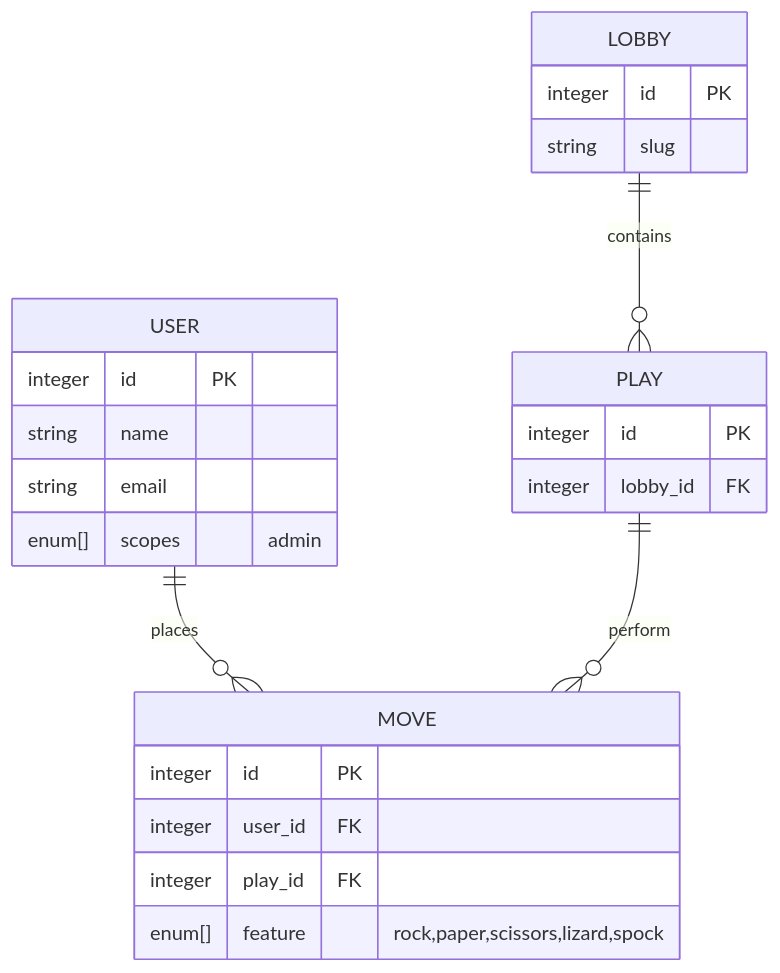
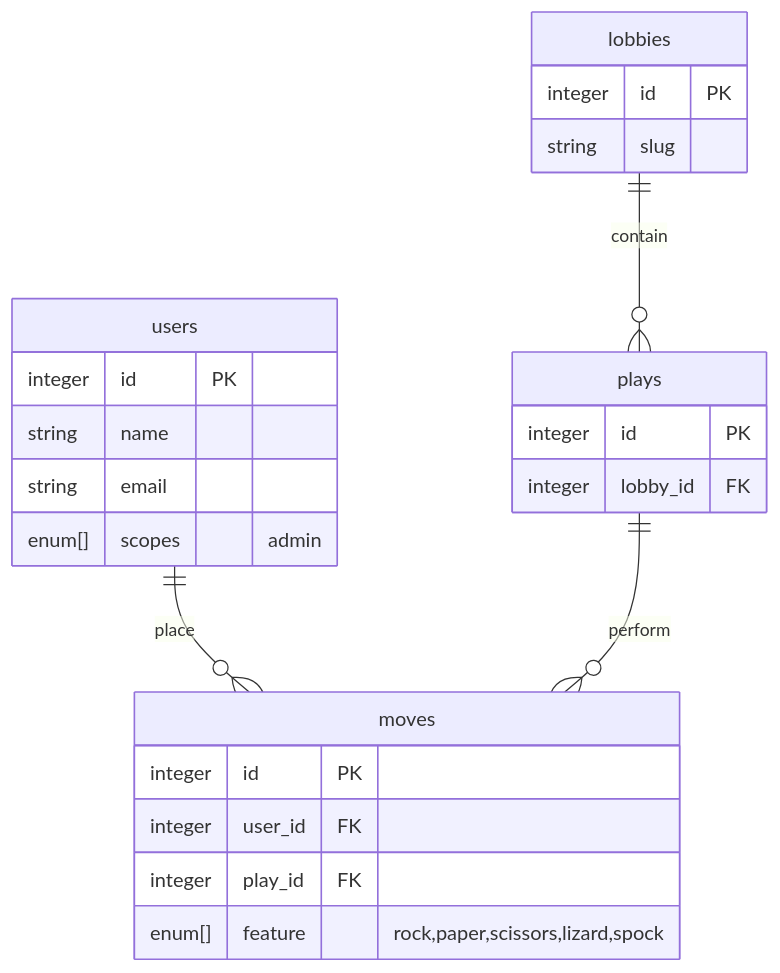
The diagram in README.md (ivank/rpslp-elixir), drawn with Mermaid before and after one commit.

Commit message:
Modify ER diagram to use table names

````diff
--- a/README.md
+++ b/README.md
@@ -9,26 +9,26 @@
 ```mermaid
 erDiagram
-    USER {
+    users {
         integer id PK
         string name
         string email
         enum[] scopes "admin"
     }
-    MOVE {
+    moves {
         integer id PK
         integer user_id FK
         integer play_id FK
         enum[] feature "rock,paper,scissors,lizard,spock"
     }
-    PLAY {
+    plays {
         integer id PK
         integer lobby_id FK
     }
-    LOBBY {
+    lobbies {
         integer id PK
         string slug
     }
-    USER ||--o{ MOVE : places
-    PLAY ||--o{ MOVE : perform
-    LOBBY ||--o{ PLAY : contains
+    users ||--o{ moves : place
+    plays ||--o{ moves : perform
+    lobbies ||--o{ plays : contain
 ```
````
